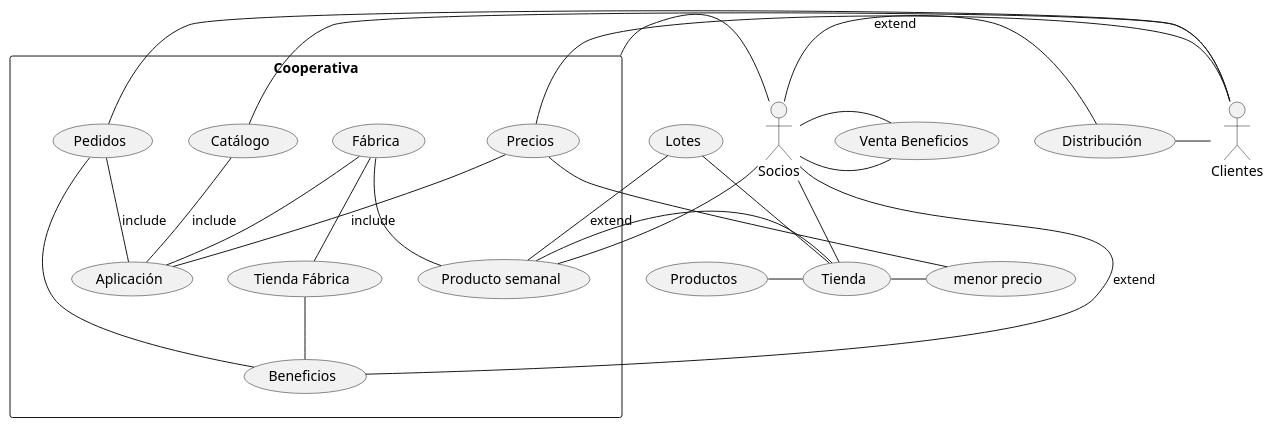
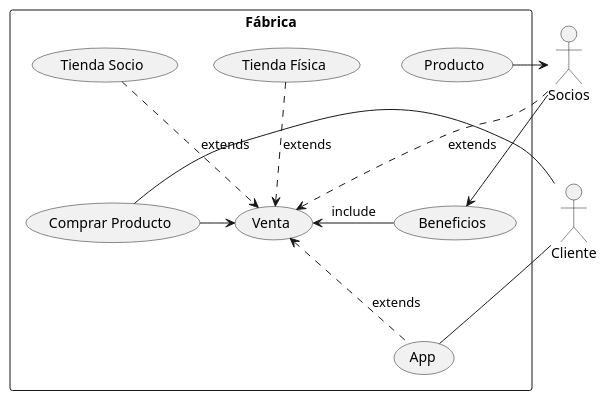
The diagram in fabrica.puml (sarosilla/CasosUso), drawn with PlantUML before and after one commit.

```diff
--- a/fabrica.puml
+++ b/fabrica.puml
@@ -1,31 +1,20 @@
 @startuml
-:Socios:-Cooperativa
-:Clientes:
-rectangle Cooperativa{
-(Fábrica)-d-(Tienda Fábrica)
-(Fábrica)-d-(Aplicación)
-(Aplicación)-u-(Catálogo):include
-(Aplicación)-u-(Pedidos):include
-(Aplicación)-u-(Precios):include
-(Fábrica)-d-(Producto semanal)
+:Socios:
+rectangle Fábrica{
+(Producto)
+(Venta)<..(App) :extends
 (Beneficios)
-(Tienda Fábrica)-d-(Beneficios)
-(Pedidos)-d-(Beneficios)
-:Clientes:-(Catálogo)
-:Clientes:-d-(Pedidos)
-:Clientes:-(Precios):extend
-(Beneficios)-:Socios: :extend
-:Socios:-d-(Producto semanal)
+(App)
+(Tienda Física) ..>(Venta) :extends
+(Socios) ..>(Venta) :extends
+(Tienda Socio)..>(Venta) :extends
+(Comprar Producto)
+(Producto)
 }
-(Tienda)-u-:Socios:
-(Producto semanal)-u-(Lotes) :extend
-(Producto semanal)-d-(Tienda)
-(Lotes)-d-(Tienda)
-(Tienda)-(menor precio)
-(menor precio)-(Precios)
-(Productos)-(Tienda)
-:Socios:-(Distribución)
-(Distribución)-:Clientes:
-:Socios:-(Venta Beneficios)
-(Venta Beneficios)-:Socios:
+(Producto) -> :Socios:
+:Cliente: -(App)
+:Cliente: -(Comprar Producto)
+(Venta) <- (Beneficios) :include
+(Comprar Producto) -> (Venta)
+:Socios: ->(Beneficios)
 @enduml
```
